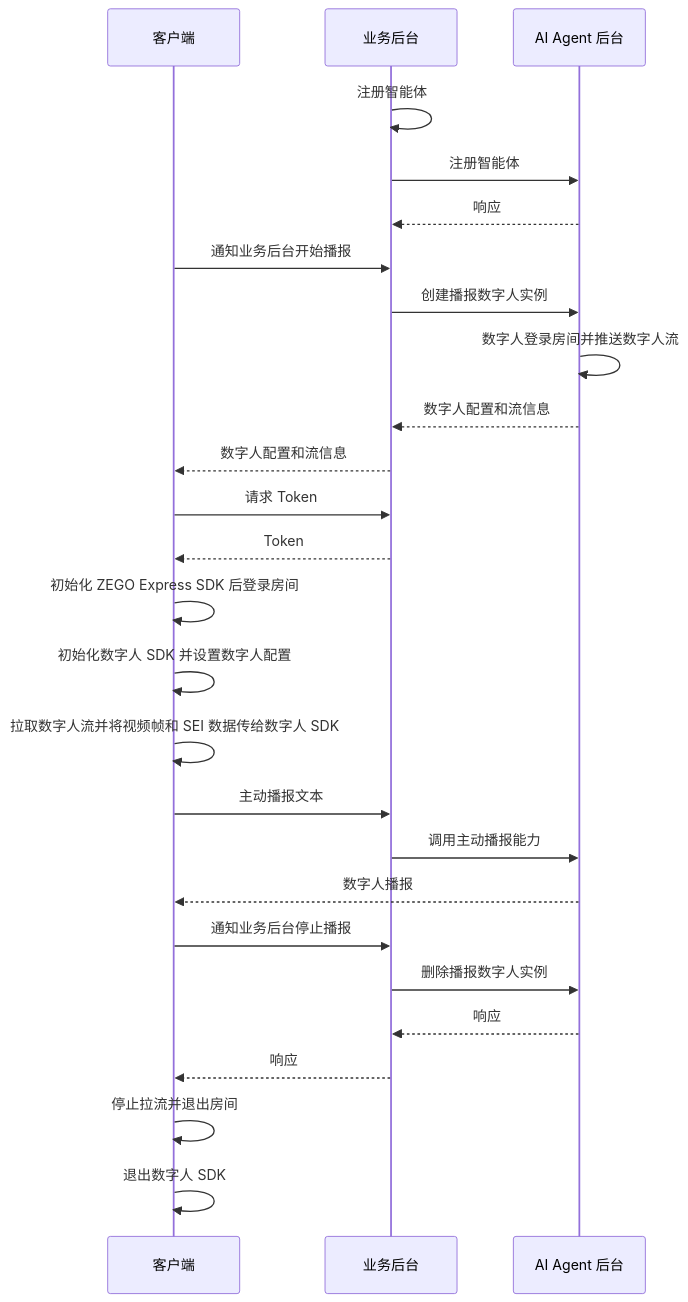
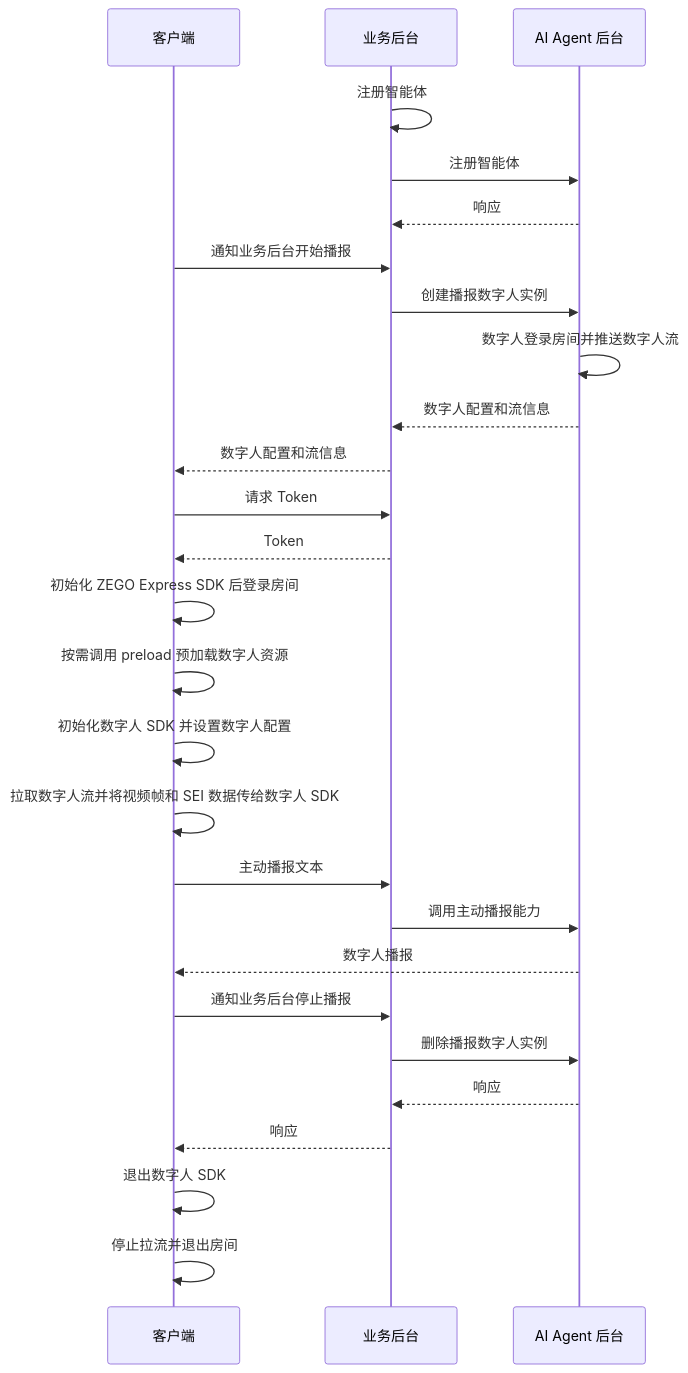
One commit to ZEGOCLOUD/docs_all changed the second of 3 diagrams in core_products/aiagent/zh/android/quick-start-with-live-digital-human.mdx. Above: the diagram before and after it, drawn with Mermaid. The commit also changed other lines of this file and 4 other files, not shown here.

Commit message:
Update modification dates to September 20, 2026, and synchronize Digital Human SDK initialization and exit procedures across Android and Chinese documentation. Update SDK version references to 1.6.0.121 and adjust preload instructions for resource management.

````diff
--- a/core_products/aiagent/zh/android/quick-start-with-live-digital-human.mdx
+++ b/core_products/aiagent/zh/android/quick-start-with-live-digital-human.mdx
@@ -150,35 +151,36 @@
 ```mermaid
 sequenceDiagram
     participant 客户端
     participant 业务后台
     participant AI Agent 后台
 
     业务后台->>业务后台: 注册智能体
     业务后台->>AI Agent 后台: 注册智能体
     AI Agent 后台-->>业务后台: 响应
 
     客户端->>业务后台: 通知业务后台开始播报
     业务后台->>AI Agent 后台: 创建播报数字人实例
     AI Agent 后台->>AI Agent 后台: 数字人登录房间并推送数字人流
     AI Agent 后台-->>业务后台: 数字人配置和流信息
     业务后台-->>客户端: 数字人配置和流信息
 
     客户端->>业务后台: 请求 Token
     业务后台-->>客户端: Token
 
     客户端->>客户端: 初始化 ZEGO Express SDK 后登录房间
+    客户端->>客户端: 按需调用 preload 预加载数字人资源
     客户端->>客户端: 初始化数字人 SDK 并设置数字人配置
     客户端->>客户端: 拉取数字人流并将视频帧和 SEI 数据传给数字人 SDK
 
     客户端->>业务后台: 主动播报文本
     业务后台->>AI Agent 后台: 调用主动播报能力
     AI Agent 后台-->>客户端: 数字人播报
 
     客户端->>业务后台: 通知业务后台停止播报
     业务后台->>AI Agent 后台: 删除播报数字人实例
     AI Agent 后台-->>业务后台: 响应
     业务后台-->>客户端: 响应
 
+    客户端->>客户端: 退出数字人 SDK
     客户端->>客户端: 停止拉流并退出房间
-    客户端->>客户端: 退出数字人 SDK
 ```
````
